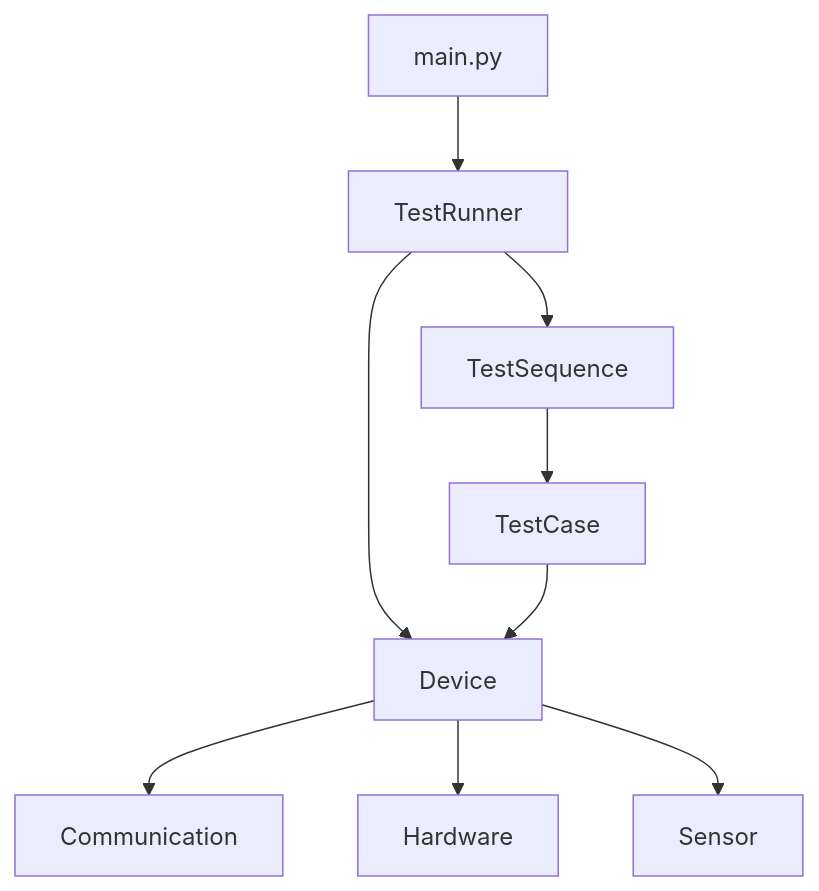
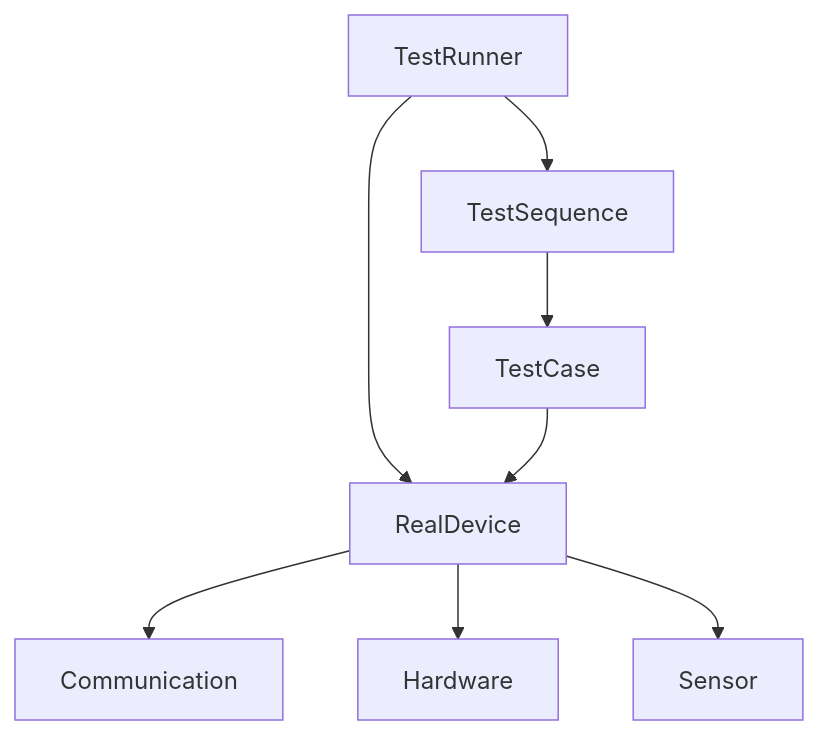
One commit to chengyeyang/hybrid-reliability-lab changed the first of 2 diagrams in docs/architecture.md. Above: the diagram before and after it, drawn with Mermaid. The commit also changed other lines of this file and 5 other files, not shown here.

````diff
--- a/docs/architecture.md
+++ b/docs/architecture.md
@@ -67,20 +71,18 @@
 ```mermaid
 flowchart TD
-    MAIN[main.py]
     TR[TestRunner]
     TS[TestSequence]
     TC[TestCase]
-    DEV[Device]
+    REAL[RealDevice]
     COM[Communication]
     HW[Hardware]
     SEN[Sensor]
 
-    MAIN --> TR
     TR --> TS
-    TR --> DEV
+    TR --> REAL
     TS --> TC
-    TC --> DEV
-    DEV --> COM
-    DEV --> HW
-    DEV --> SEN
+    TC --> REAL
+    REAL --> COM
+    REAL --> HW
+    REAL --> SEN
 ```
````
